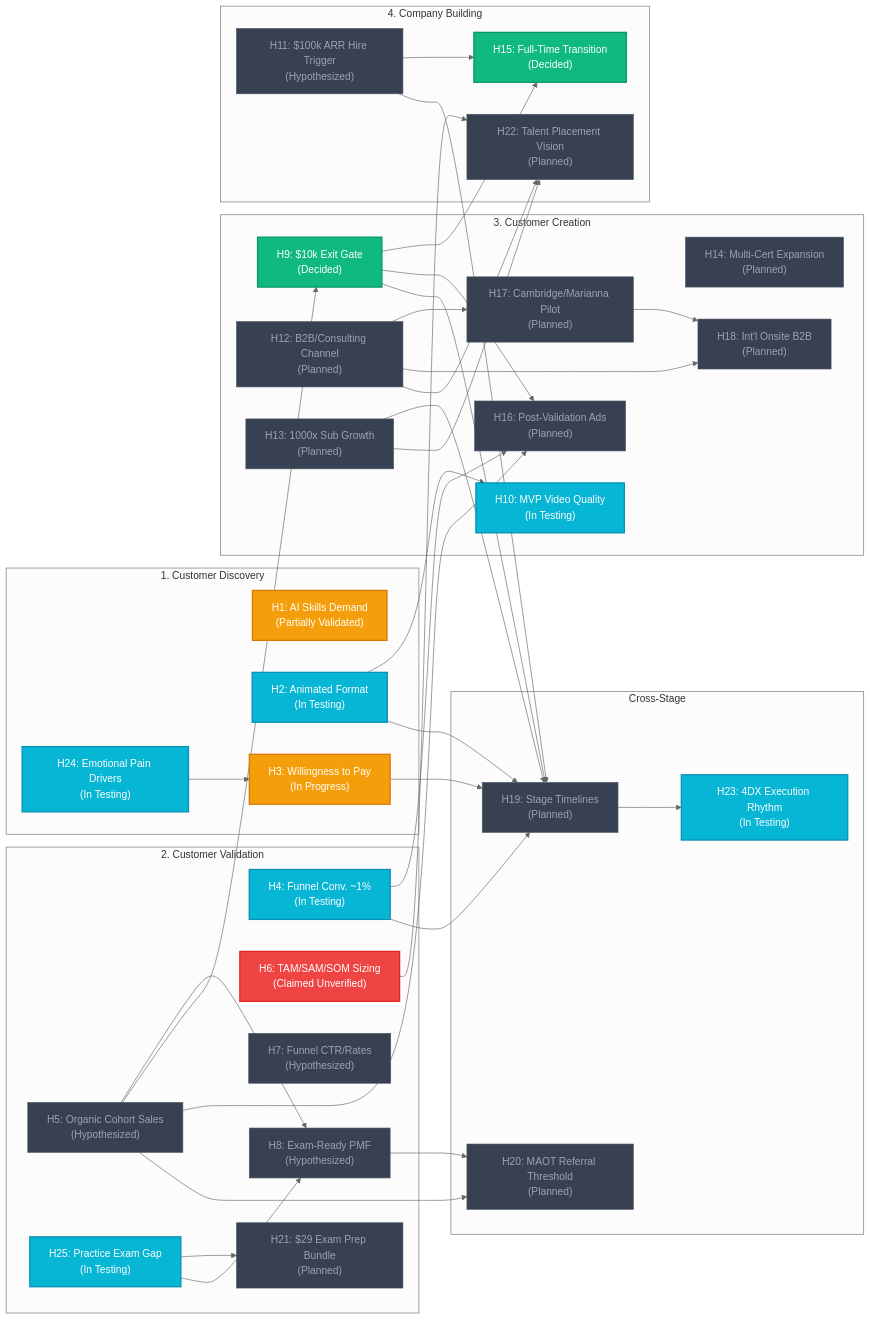
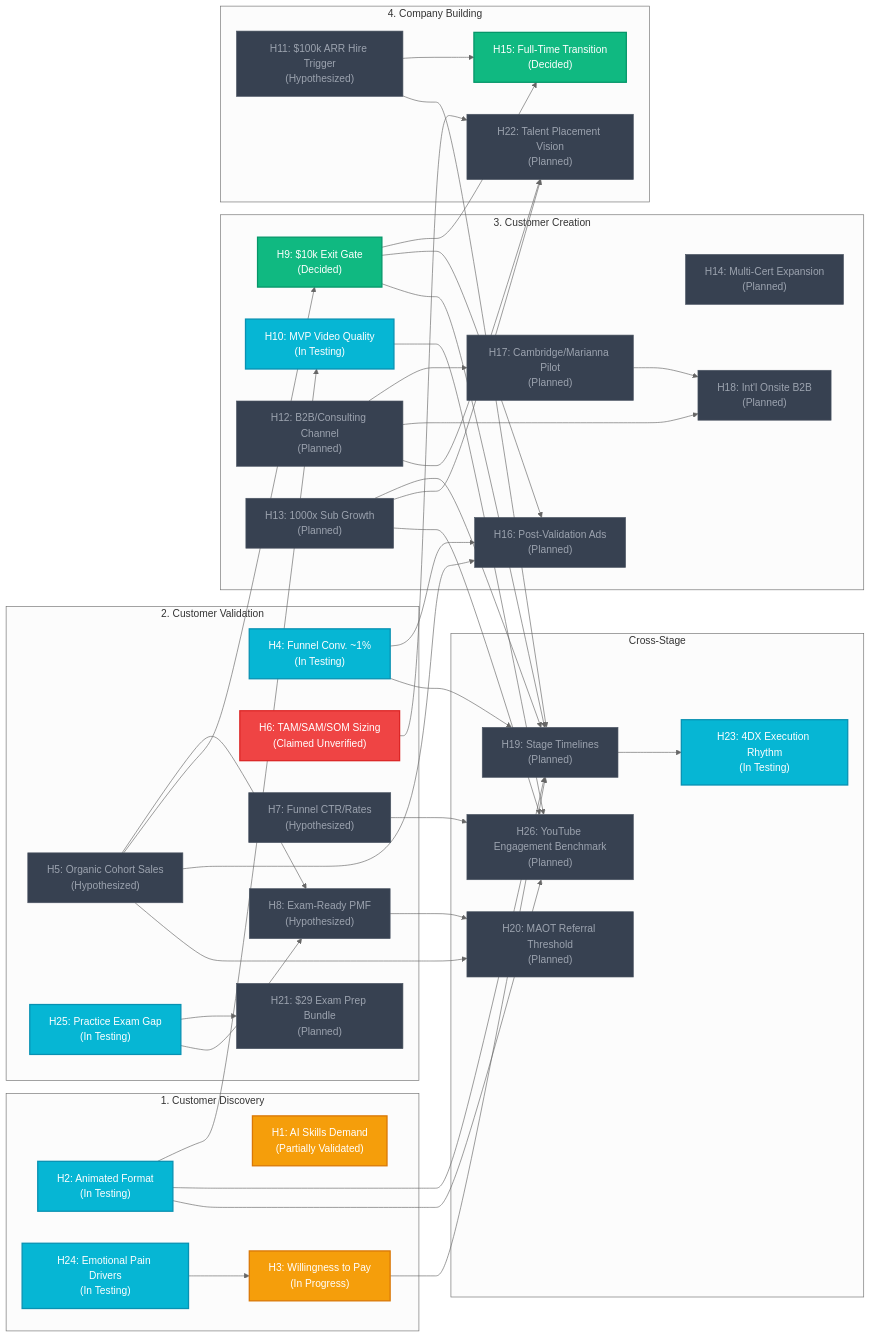
Before and after one commit to rifaterdemsahin/AI-Certification-Customer-Development: the diagram in HYPOTHESIS.md, drawn with Mermaid (neutral theme). The commit also changed other lines of this file and 13 other files, not shown here.

First line of the commit message:
Add YouTube channel metrics page with engagement-rate benchmarks (H26)

````diff
--- a/HYPOTHESIS.md
+++ b/HYPOTHESIS.md
@@ -9,77 +9,82 @@
 ```mermaid
 flowchart LR
     %% Styles
     classDef validated fill:#10b981,stroke:#059669,stroke-width:2px,color:#fff;
     classDef testing fill:#06b6d4,stroke:#0891b2,stroke-width:2px,color:#fff;
     classDef progress fill:#f59e0b,stroke:#d97706,stroke-width:2px,color:#fff;
     classDef unverified fill:#ef4444,stroke:#dc2626,stroke-width:2px,color:#fff;
     classDef planned fill:#374151,stroke:#4b5563,stroke-width:1px,color:#9ca3af;
 
     subgraph Discovery ["1. Customer Discovery"]
         H1["H1: AI Skills Demand<br>(Partially Validated)"]:::progress
         H2["H2: Animated Format<br>(In Testing)"]:::testing
         H3["H3: Willingness to Pay<br>(In Progress)"]:::progress
         H24["H24: Emotional Pain Drivers<br>(In Testing)"]:::testing
     end
 
     subgraph Validation ["2. Customer Validation"]
         H4["H4: Funnel Conv. ~1%<br>(In Testing)"]:::testing
         H5["H5: Organic Cohort Sales<br>(Hypothesized)"]:::planned
         H6["H6: TAM/SAM/SOM Sizing<br>(Claimed Unverified)"]:::unverified
         H7["H7: Funnel CTR/Rates<br>(Hypothesized)"]:::planned
         H8["H8: Exam-Ready PMF<br>(Hypothesized)"]:::planned
         H21["H21: $29 Exam Prep Bundle<br>(Planned)"]:::planned
         H25["H25: Practice Exam Gap<br>(In Testing)"]:::testing
     end
 
     subgraph Creation ["3. Customer Creation"]
         H9["H9: $10k Exit Gate<br>(Decided)"]:::validated
         H10["H10: MVP Video Quality<br>(In Testing)"]:::testing
         H12["H12: B2B/Consulting Channel<br>(Planned)"]:::planned
         H13["H13: 1000x Sub Growth<br>(Planned)"]:::planned
         H14["H14: Multi-Cert Expansion<br>(Planned)"]:::planned
         H16["H16: Post-Validation Ads<br>(Planned)"]:::planned
         H17["H17: Cambridge/Marianna Pilot<br>(Planned)"]:::planned
         H18["H18: Int'l Onsite B2B<br>(Planned)"]:::planned
     end
 
     subgraph Building ["4. Company Building"]
         H11["H11: $100k ARR Hire Trigger<br>(Hypothesized)"]:::planned
         H15["H15: Full-Time Transition<br>(Decided)"]:::validated
         H22["H22: Talent Placement Vision<br>(Planned)"]:::planned
     end
 
     subgraph CrossStage ["Cross-Stage"]
         H19["H19: Stage Timelines<br>(Planned)"]:::planned
         H20["H20: MAOT Referral Threshold<br>(Planned)"]:::planned
         H23["H23: 4DX Execution Rhythm<br>(In Testing)"]:::testing
+        H26["H26: YouTube Engagement Benchmark<br>(Planned)"]:::planned
     end
 
     %% Dependencies
     H2 --> H10
     H2 --> H19
     H3 --> H19
     H24 --> H3
     H4 --> H16
     H4 --> H19
     H5 --> H8
     H5 --> H9
     H5 --> H16
     H9 --> H15
     H9 --> H16
     H9 --> H19
     H11 --> H15
     H11 --> H19
     H12 --> H17
     H12 --> H18
     H13 --> H19
     H17 --> H18
     H5 --> H20
     H8 --> H20
     H12 --> H22
     H6 --> H22
     H13 --> H22
     H19 --> H23
     H25 --> H21
     H25 --> H8
+    H2 --> H26
+    H7 --> H26
+    H10 --> H26
+    H13 --> H26
 ```
````
